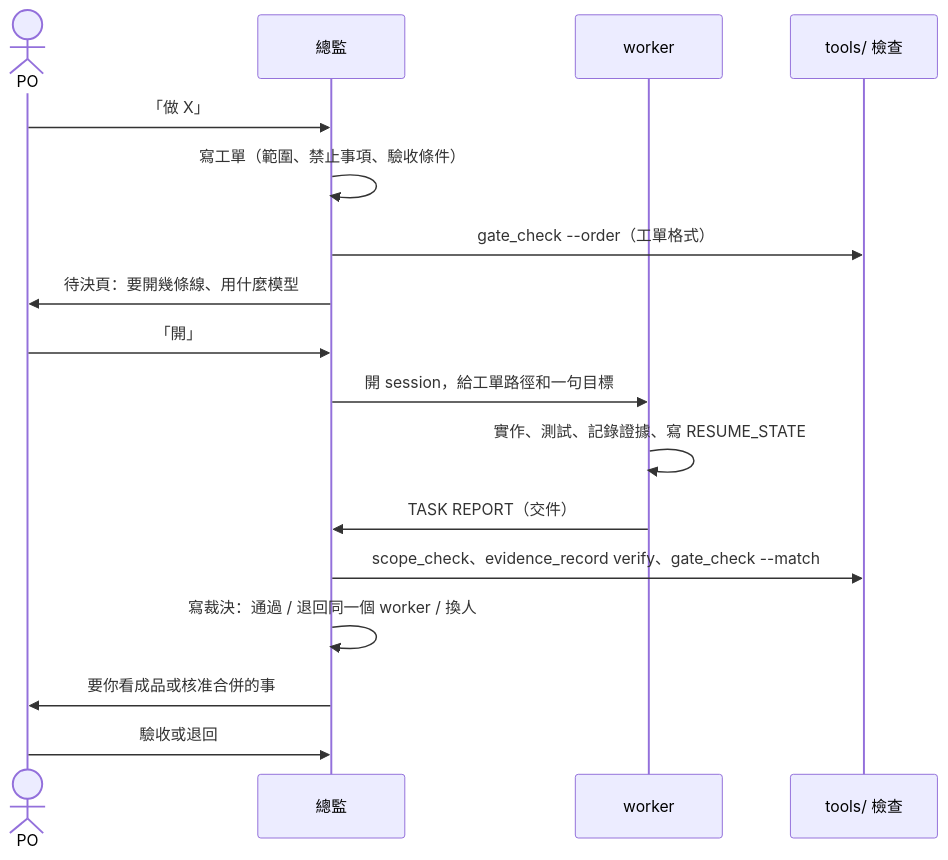
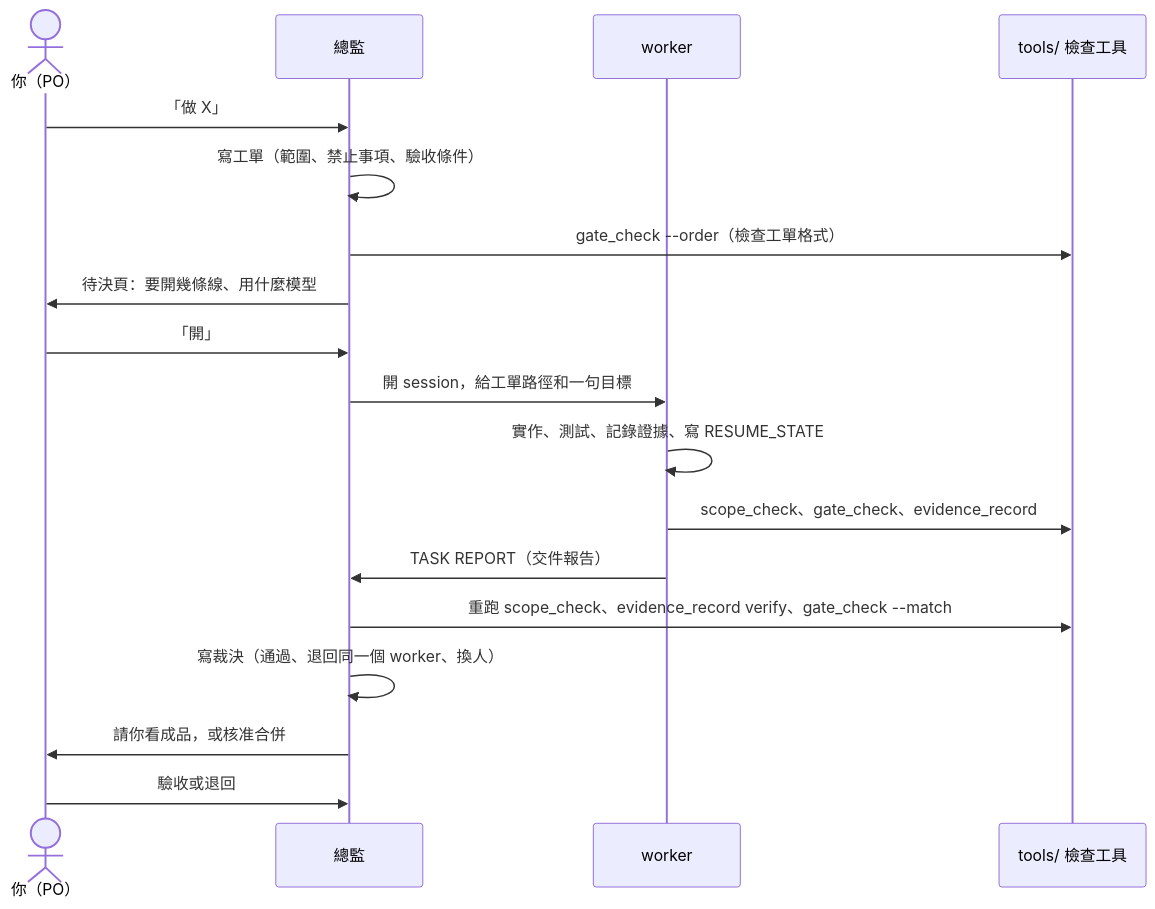
The fourth of 8 diagrams in README.md (scottpuppylu/DIRECTOR-WORK), drawn with Mermaid before and after one commit. The commit also changed other lines of this file, not shown here.

````diff
--- a/README.md
+++ b/README.md
@@ -130,20 +284,21 @@
 ```mermaid
 sequenceDiagram
-    actor PO
+    actor PO as 你（PO）
     participant D as 總監
     participant W as worker
-    participant T as tools/ 檢查
+    participant T as tools/ 檢查工具
 
     PO->>D: 「做 X」
     D->>D: 寫工單（範圍、禁止事項、驗收條件）
-    D->>T: gate_check --order（工單格式）
+    D->>T: gate_check --order（檢查工單格式）
     D->>PO: 待決頁：要開幾條線、用什麼模型
     PO->>D: 「開」
     D->>W: 開 session，給工單路徑和一句目標
     W->>W: 實作、測試、記錄證據、寫 RESUME_STATE
-    W->>D: TASK REPORT（交件）
-    D->>T: scope_check、evidence_record verify、gate_check --match
-    D->>D: 寫裁決：通過 / 退回同一個 worker / 換人
-    D->>PO: 要你看成品或核准合併的事
+    W->>T: scope_check、gate_check、evidence_record
+    W->>D: TASK REPORT（交件報告）
+    D->>T: 重跑 scope_check、evidence_record verify、gate_check --match
+    D->>D: 寫裁決（通過、退回同一個 worker、換人）
+    D->>PO: 請你看成品，或核准合併
     PO->>D: 驗收或退回
 ```
````
